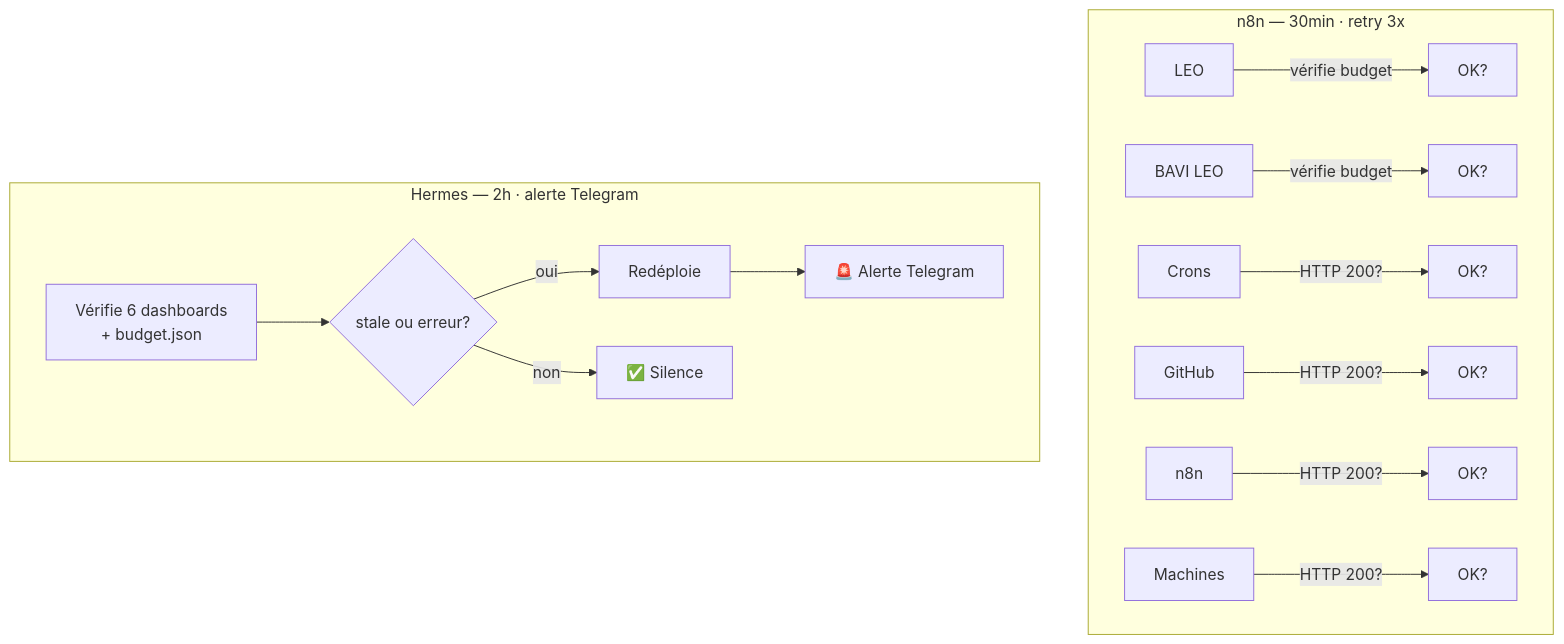
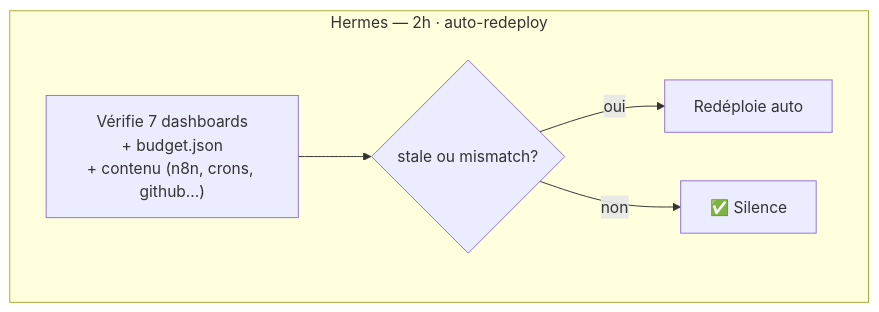
Before and after one commit to christophedanhier-hash/hermes-wiki: the third of 6 diagrams in docs/hermes/utilisation/architecture-leo.md, drawn with Mermaid. The commit also changed other lines of this file, not shown here.

````diff
--- a/docs/hermes/utilisation/architecture-leo.md
+++ b/docs/hermes/utilisation/architecture-leo.md
@@ -229,25 +219,13 @@
 ```mermaid
 flowchart TB
-    subgraph n8n_check["n8n — 30min · retry 3x"]
-        direction LR
-        N1[LEO] -->|vérifie budget| N1B[OK?]
-        N2[BAVI LEO] -->|vérifie budget| N2B[OK?]
-        N3[Crons] -->|HTTP 200?| N3B[OK?]
-        N4[GitHub] -->|HTTP 200?| N4B[OK?]
-        N5[n8n] -->|HTTP 200?| N5B[OK?]
-        N6[Machines] -->|HTTP 200?| N6B[OK?]
-    end
-
-    subgraph hermes_check["Hermes — 2h · alerte Telegram"]
-        H_ALL["Vérifie 6 dashboards<br/>+ budget.json"]
-        H_STALE{"stale ou erreur?"}
-        H_DEPLOY["Redéploie"]
-        H_TG["🚨 Alerte Telegram"]
+    subgraph hermes_check["Hermes — 2h · auto-redeploy"]
+        H_ALL["Vérifie 7 dashboards<br/>+ budget.json<br/>+ contenu (n8n, crons, github...)"]
+        H_STALE{"stale ou mismatch?"}
+        H_DEPLOY["Redéploie auto"]
         H_OK["✅ Silence"]
     end
 
     H_ALL --> H_STALE
     H_STALE -->|oui| H_DEPLOY
     H_STALE -->|non| H_OK
-    H_DEPLOY --> H_TG
 ```
````
